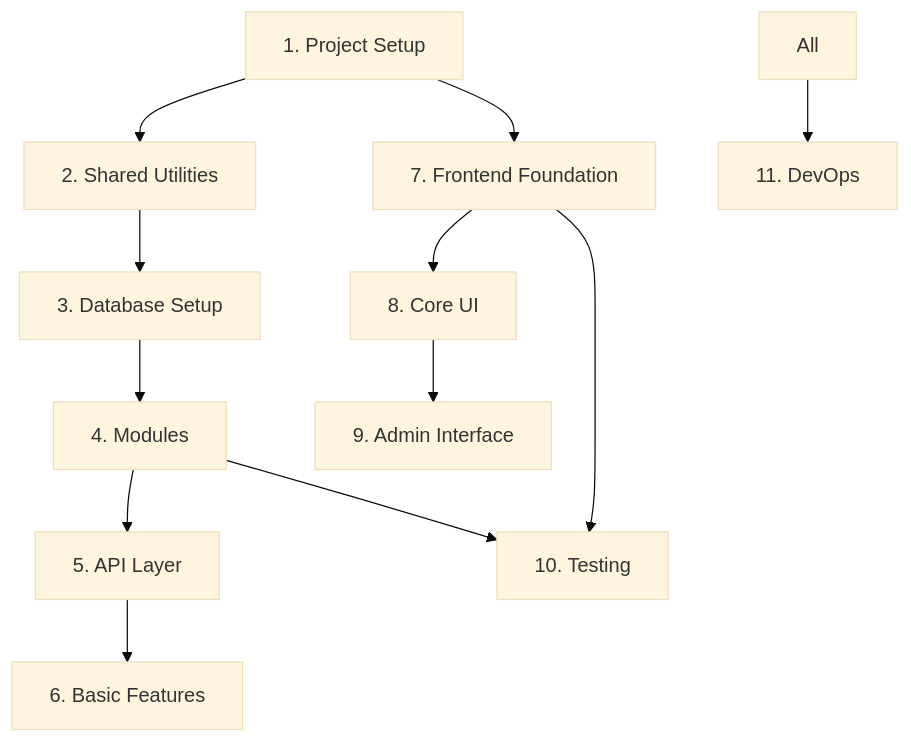
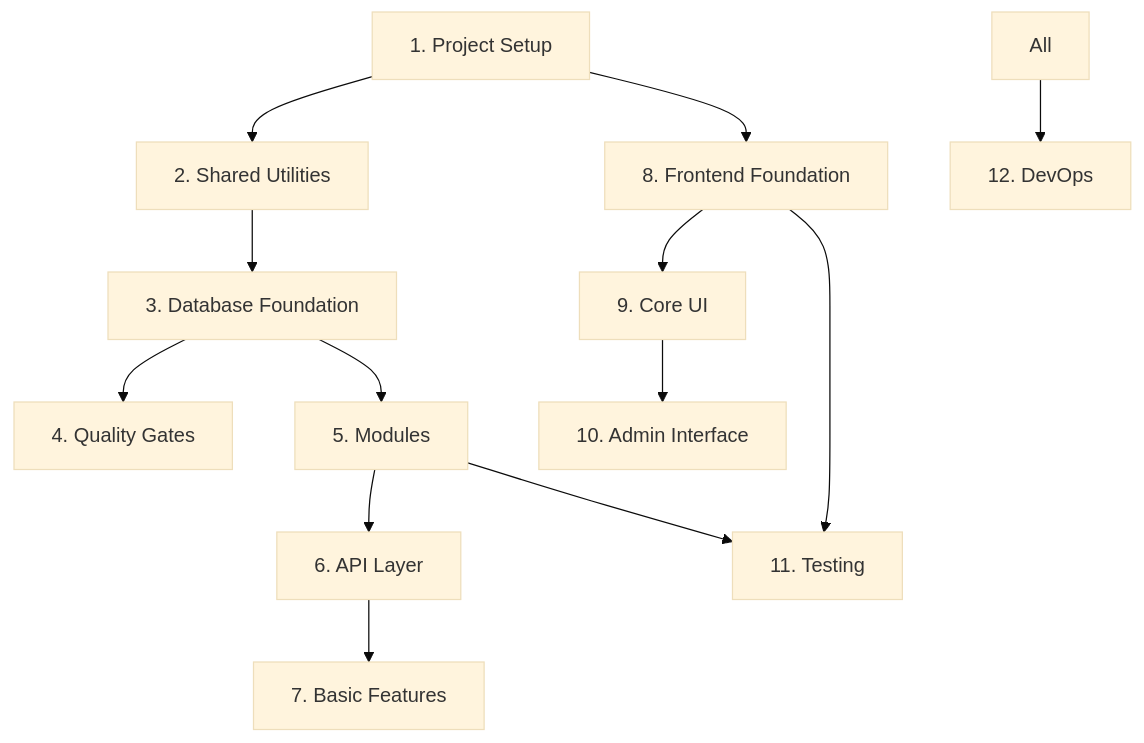
The diagram in docs/task-list.md (Kaniikura/certquiz), drawn with Mermaid (base theme) before and after one commit. The commit also changed other lines of this file, not shown here.

First line of the commit message:
📝 docs(task-list): reorganize database tasks and improve structure

````diff
--- a/docs/task-list.md
+++ b/docs/task-list.md
@@ -468,17 +471,18 @@
 ```mermaid
 graph TD
     A[1. Project Setup] --> B[2. Shared Utilities]
-    B --> C[3. Database Setup]
-    C --> D[4. Modules]
-    D --> E[5. API Layer]
-    E --> F[6. Basic Features]
+    B --> C[3. Database Foundation]
+    C --> D[4. Quality Gates]
+    C --> E[5. Modules]
+    E --> F[6. API Layer]
+    F --> G[7. Basic Features]
     
-    A --> G[7. Frontend Foundation]
-    G --> H[8. Core UI]
-    H --> I[9. Admin Interface]
+    A --> H[8. Frontend Foundation]
+    H --> I[9. Core UI]
+    I --> J[10. Admin Interface]
     
-    D --> J[10. Testing]
-    G --> J
+    E --> K[11. Testing]
+    H --> K
     
-    All --> K[11. DevOps]
+    All --> L[12. DevOps]
 ```
````
